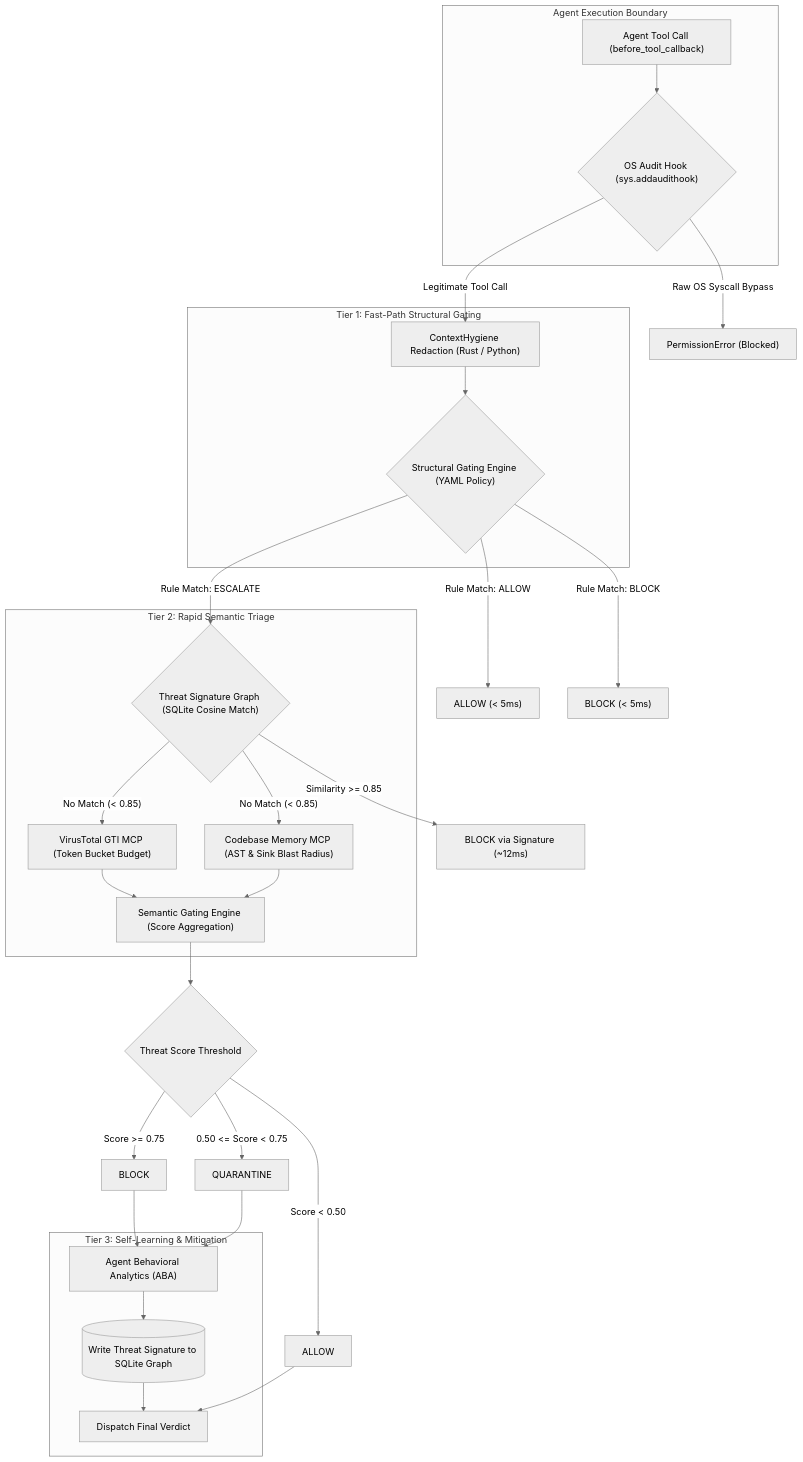
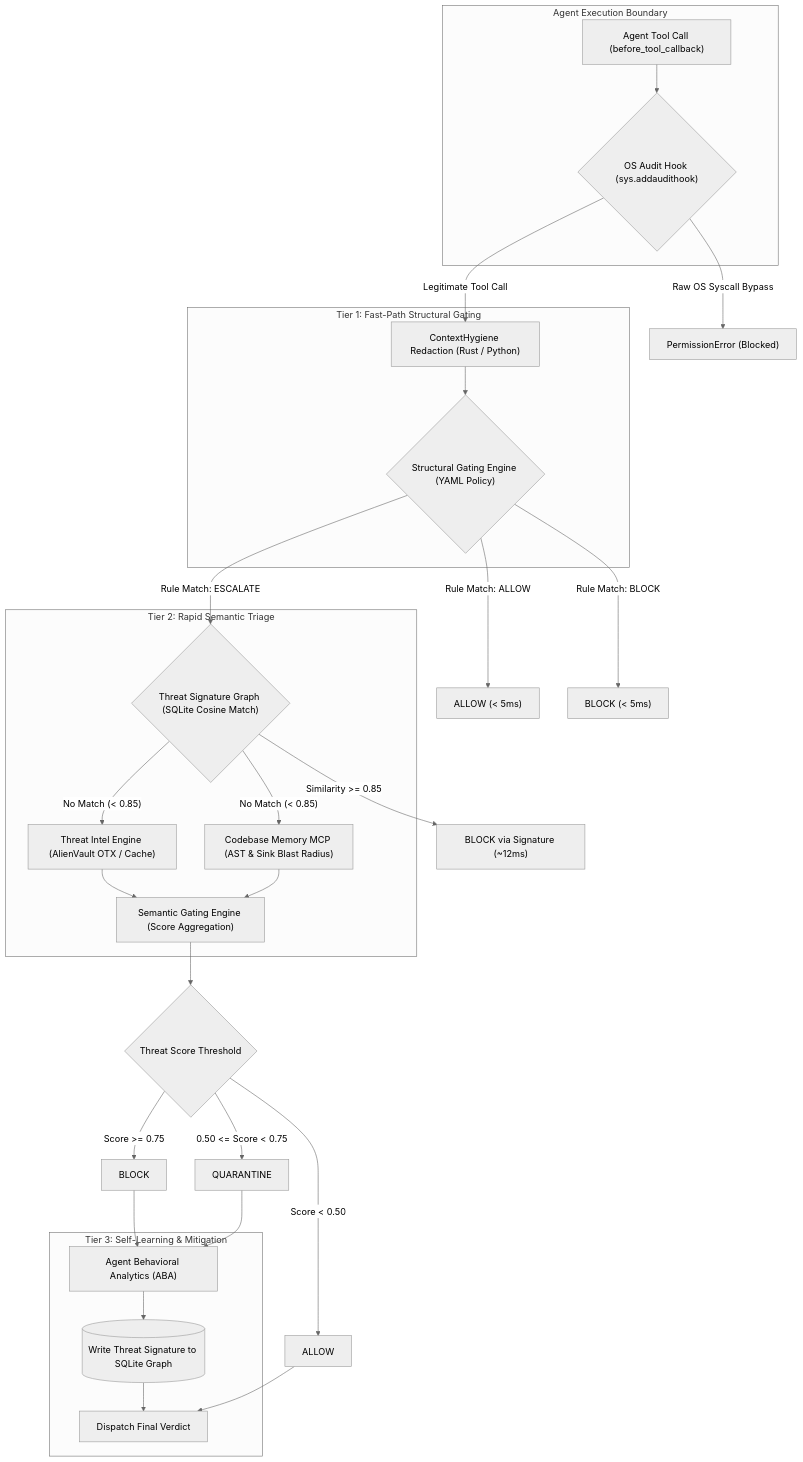
The first of 3 diagrams in ARCHITECTURE.md (JAaron93/Blackwall), drawn with Mermaid (neutral theme) before and after one commit. The commit also changed other lines of this file and 5 other files, not shown here.

First line of the commit message:
docs: update documentation and Greptile configuration for AlienVault OTX Threat Intelligence engine

````diff
--- a/ARCHITECTURE.md
+++ b/ARCHITECTURE.md
@@ -28,52 +28,52 @@
 ```mermaid
 flowchart TD
     subgraph Agent Execution Boundary
         AgentToolCall["Agent Tool Call (before_tool_callback)"]
         AuditHookCheck{"OS Audit Hook (sys.addaudithook)"}
     end
 
     subgraph Tier 1: Fast-Path Structural Gating
         ContextHygiene["ContextHygiene Redaction (Rust / Python)"]
         StructuralGating{"Structural Gating Engine (YAML Policy)"}
     end
 
     subgraph Tier 2: Rapid Semantic Triage
         TSGQuery{"Threat Signature Graph (SQLite Cosine Match)"}
-        GTIQuery["VirusTotal GTI MCP (Token Bucket Budget)"]
+        TIQuery["Threat Intel Engine (AlienVault OTX / Cache)"]
         CBMQuery["Codebase Memory MCP (AST & Sink Blast Radius)"]
         SemanticEngine["Semantic Gating Engine (Score Aggregation)"]
     end
 
     subgraph Tier 3: Self-Learning & Mitigation
         ABAPipeline["Agent Behavioral Analytics (ABA)"]
         TSGPersist[("Write Threat Signature to SQLite Graph")]
         VerdictDispatch["Dispatch Final Verdict"]
     end
 
     AgentToolCall --> AuditHookCheck
     AuditHookCheck -- "Raw OS Syscall Bypass" --> OSBlock["PermissionError (Blocked)"]
     AuditHookCheck -- "Legitimate Tool Call" --> ContextHygiene
     ContextHygiene --> StructuralGating
 
     StructuralGating -- "Rule Match: ALLOW" --> AllowFast["ALLOW (< 5ms)"]
     StructuralGating -- "Rule Match: BLOCK" --> BlockFast["BLOCK (< 5ms)"]
     StructuralGating -- "Rule Match: ESCALATE" --> TSGQuery
 
     TSGQuery -- "Similarity >= 0.85" --> MatchBlock["BLOCK via Signature (~12ms)"]
-    TSGQuery -- "No Match (< 0.85)" --> GTIQuery
+    TSGQuery -- "No Match (< 0.85)" --> TIQuery
     TSGQuery -- "No Match (< 0.85)" --> CBMQuery
 
-    GTIQuery --> SemanticEngine
+    TIQuery --> SemanticEngine
     CBMQuery --> SemanticEngine
     SemanticEngine --> ThresholdEval{"Threat Score Threshold"}
 
     ThresholdEval -- "Score >= 0.75" --> SemanticBlock["BLOCK"]
     ThresholdEval -- "0.50 <= Score < 0.75" --> SemanticQuarantine["QUARANTINE"]
     ThresholdEval -- "Score < 0.50" --> SemanticAllow["ALLOW"]
 
     SemanticBlock --> ABAPipeline
     SemanticQuarantine --> ABAPipeline
     ABAPipeline --> TSGPersist
     TSGPersist --> VerdictDispatch
     SemanticAllow --> VerdictDispatch
 ```
````
